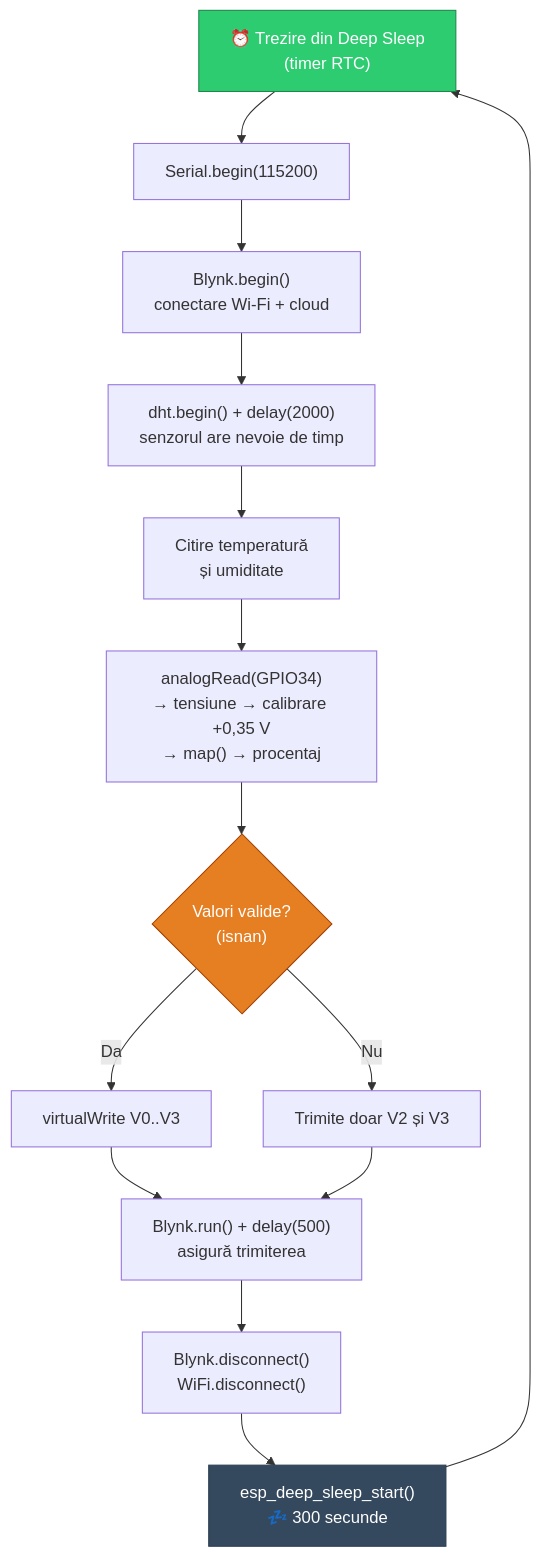
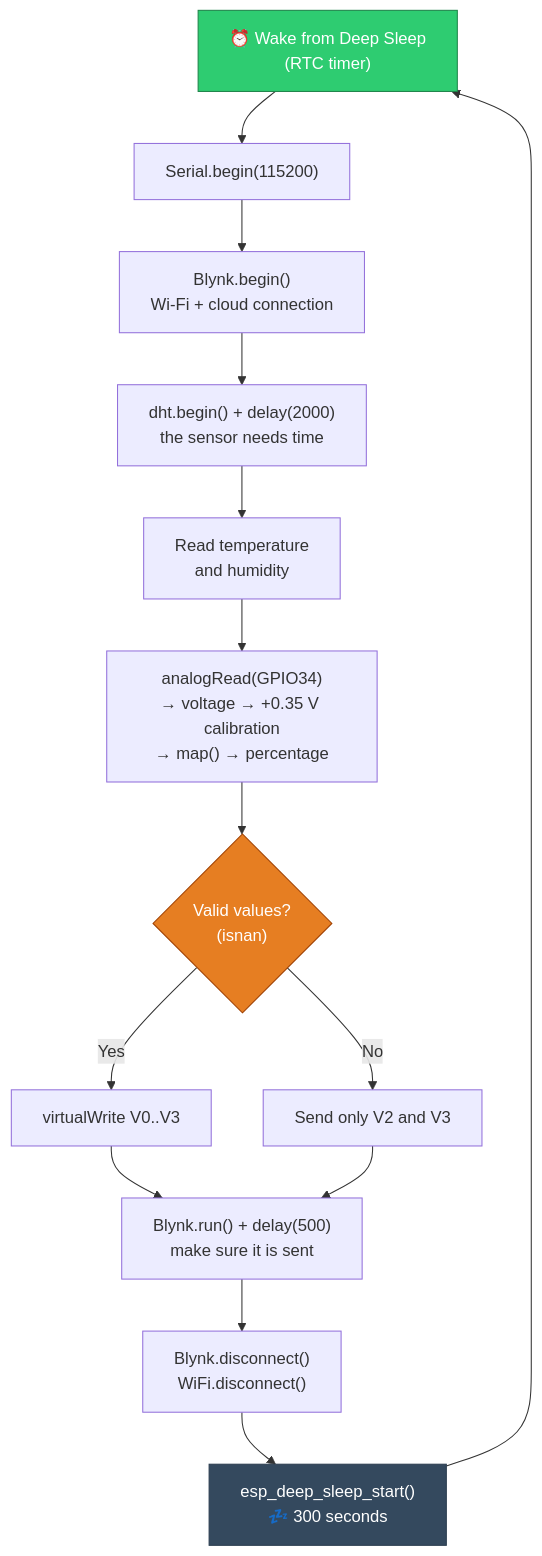
Before and after one commit to StefanHoria/KenoTemp-IoT-Weather-Station: the second of 3 diagrams in README.md, drawn with Mermaid. The commit also changed other lines of this file and 1 other file, not shown here.

````diff
--- a/README.md
+++ b/README.md
@@ -203,20 +205,20 @@
 ```mermaid
 flowchart TD
-    A["⏰ Trezire din Deep Sleep<br/>(timer RTC)"] --> B["Serial.begin(115200)"]
-    B --> C["Blynk.begin()<br/>conectare Wi-Fi + cloud"]
-    C --> D["dht.begin() + delay(2000)<br/>senzorul are nevoie de timp"]
-    D --> E["Citire temperatură<br/>și umiditate"]
-    E --> F["analogRead(GPIO34)<br/>→ tensiune → calibrare +0,35 V<br/>→ map() → procentaj"]
-    F --> G{"Valori valide?<br/>(isnan)"}
-    G -->|Da| H["virtualWrite V0..V3"]
-    G -->|Nu| I["Trimite doar V2 și V3"]
-    H --> J["Blynk.run() + delay(500)<br/>asigură trimiterea"]
+    A["⏰ Wake from Deep Sleep<br/>(RTC timer)"] --> B["Serial.begin(115200)"]
+    B --> C["Blynk.begin()<br/>Wi-Fi + cloud connection"]
+    C --> D["dht.begin() + delay(2000)<br/>the sensor needs time"]
+    D --> E["Read temperature<br/>and humidity"]
+    E --> F["analogRead(GPIO34)<br/>→ voltage → +0.35 V calibration<br/>→ map() → percentage"]
+    F --> G{"Valid values?<br/>(isnan)"}
+    G -->|Yes| H["virtualWrite V0..V3"]
+    G -->|No| I["Send only V2 and V3"]
+    H --> J["Blynk.run() + delay(500)<br/>make sure it is sent"]
     I --> J
     J --> K["Blynk.disconnect()<br/>WiFi.disconnect()"]
-    K --> L["esp_deep_sleep_start()<br/>💤 300 secunde"]
+    K --> L["esp_deep_sleep_start()<br/>💤 300 seconds"]
     L --> A
 
     style A fill:#2ECC71,stroke:#1e8449,color:#fff
     style L fill:#34495E,stroke:#2c3e50,color:#fff
     style G fill:#E67E22,stroke:#a04000,color:#fff
 ```
````
